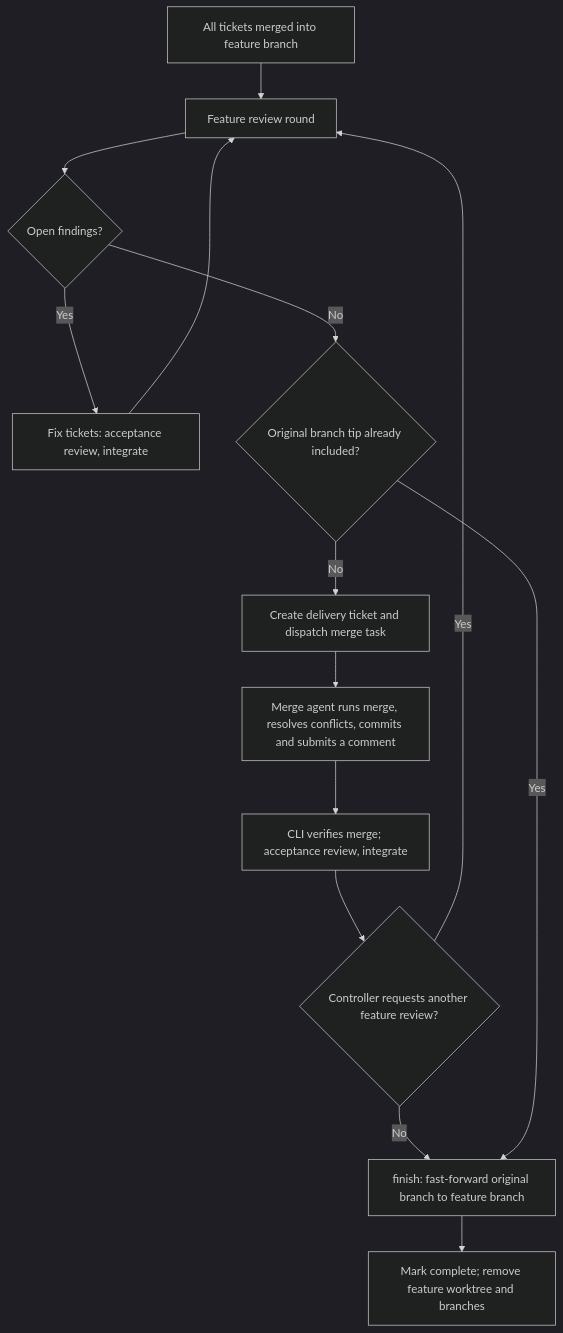
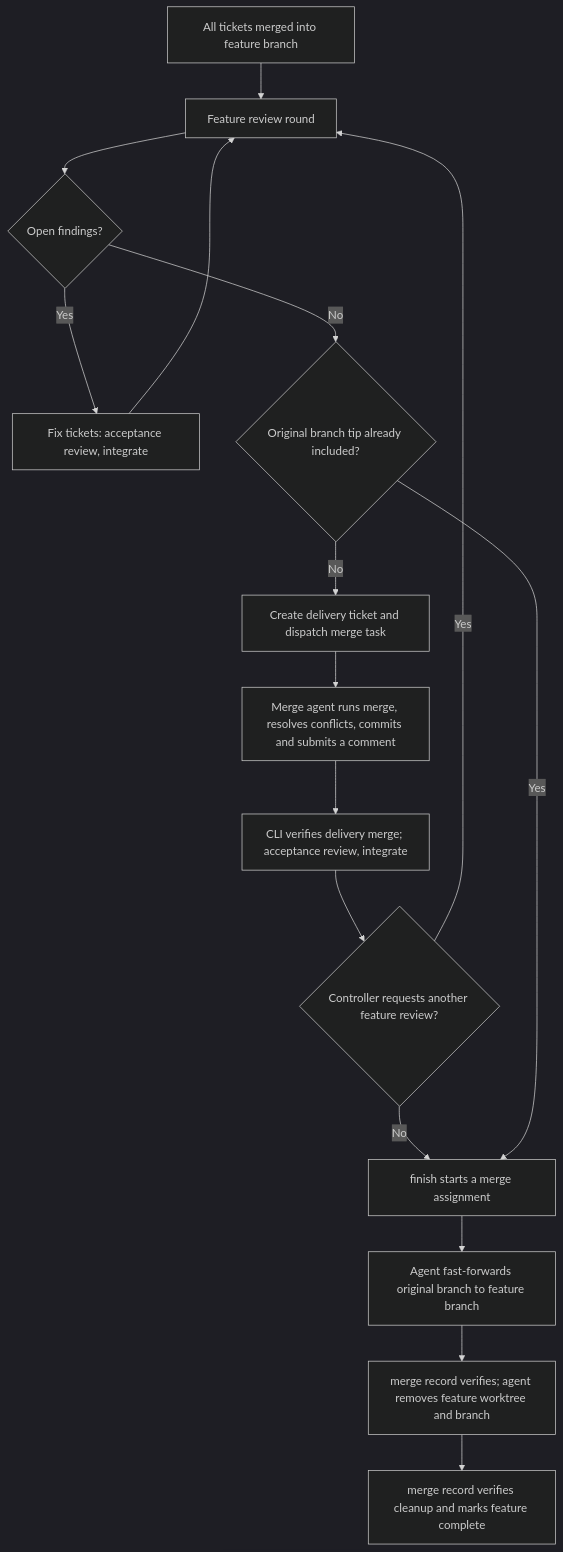
Before and after one commit to UseTheFork/spindle: the seventh of 7 diagrams in SDD-WORKFLOWS.md, drawn with Mermaid (dark theme). The commit also changed other lines of this file and 1 other file, not shown here.

Commit message:
docs: update SDD merge workflow

````diff
--- a/SDD-WORKFLOWS.md
+++ b/SDD-WORKFLOWS.md
@@ -589,16 +602,18 @@
 ```mermaid
 flowchart TD
     A["All tickets merged into feature branch"] --> B["Feature review round"]
     B --> C{"Open findings?"}
     C -->|"Yes"| D["Fix tickets: acceptance review, integrate"]
     D --> B
     C -->|"No"| E{"Original branch tip already included?"}
     E -->|"No"| M["Create delivery ticket and dispatch merge task"]
     M --> N["Merge agent runs merge, resolves conflicts, commits and submits a comment"]
-    N --> O["CLI verifies merge; acceptance review, integrate"]
+    N --> O["CLI verifies delivery merge; acceptance review, integrate"]
     O --> P{"Controller requests another feature review?"}
     P -->|"Yes"| B
     P -->|"No"| I
-    E -->|"Yes"| I["finish: fast-forward original branch to feature branch"]
-    I --> J["Mark complete; remove feature worktree and branches"]
+    E -->|"Yes"| I["finish starts a merge assignment"]
+    I --> J["Agent fast-forwards original branch to feature branch"]
+    J --> K["merge record verifies; agent removes feature worktree and branch"]
+    K --> L["merge record verifies cleanup and marks feature complete"]
 ```
````
